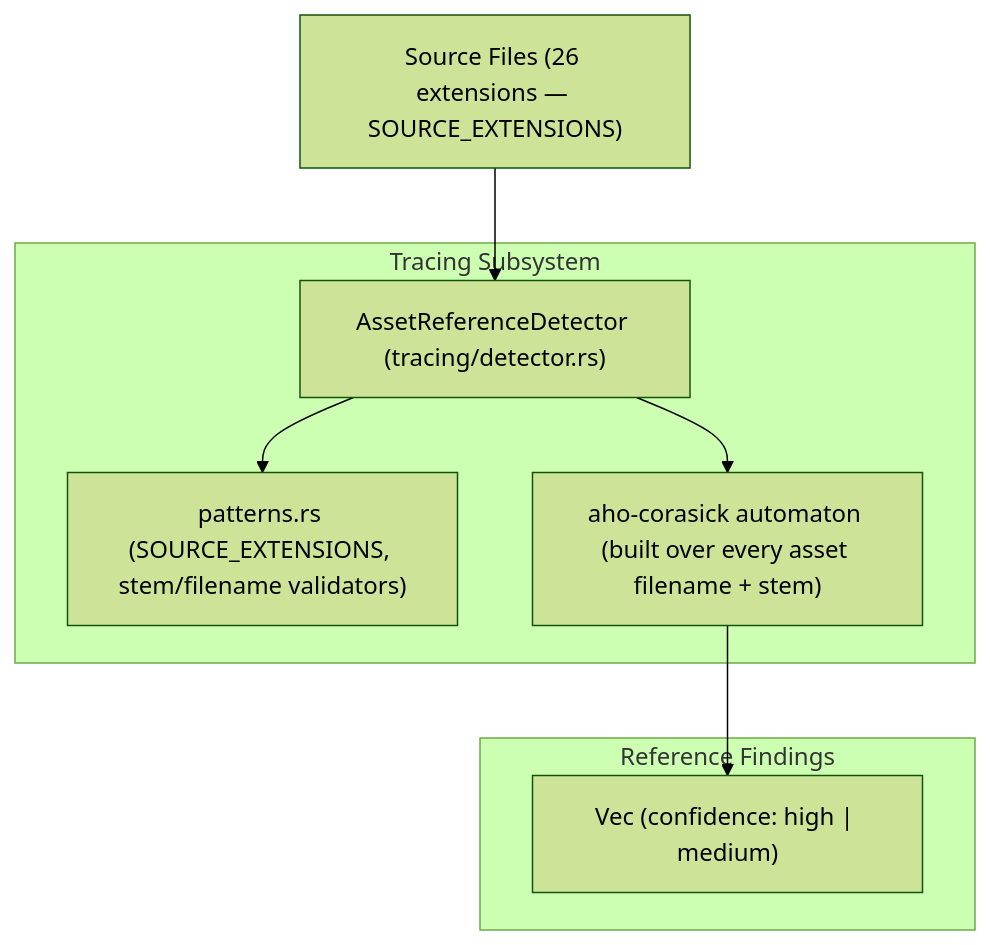
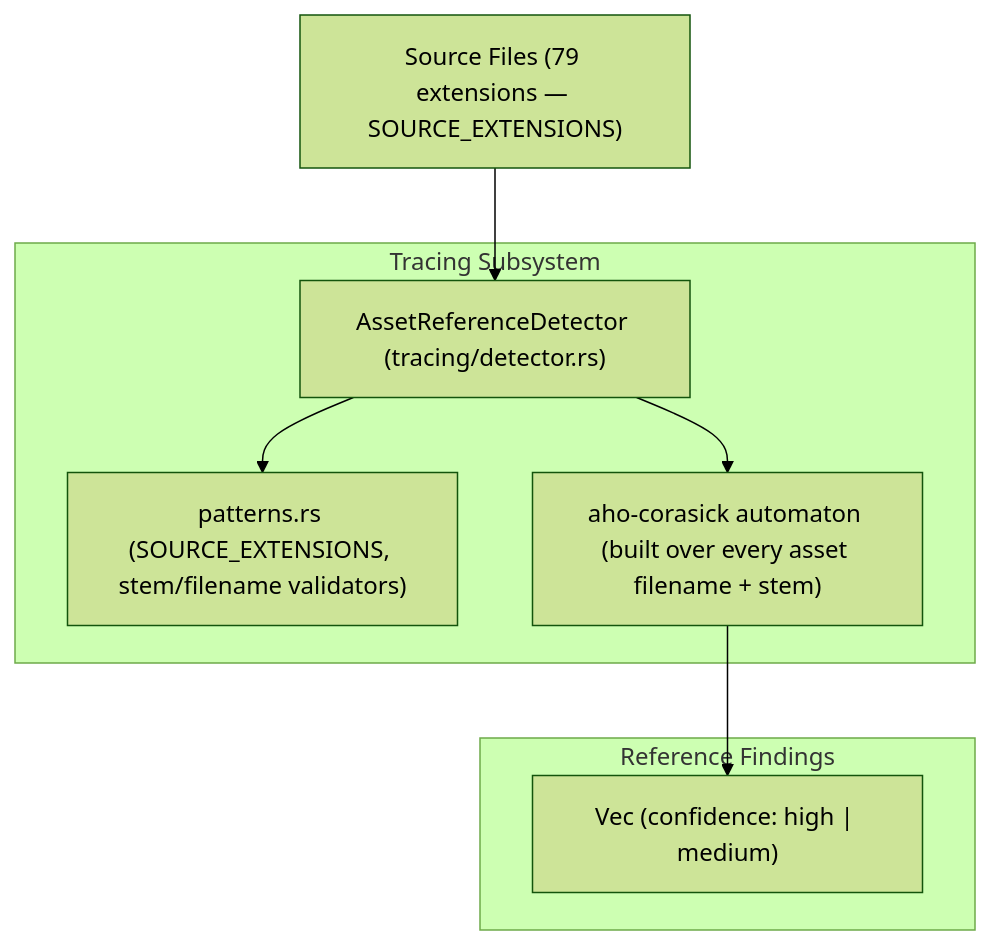
One commit to sxnnyside-project/animoria changed the diagram in docs/guides/04-reference-usage-analysis.md. Above: the diagram before and after it, drawn with Mermaid (forest theme). The commit also changed other lines of this file and 53 other files, not shown here.

````diff
--- a/docs/guides/04-reference-usage-analysis.md
+++ b/docs/guides/04-reference-usage-analysis.md
@@ -16,19 +16,19 @@
 ```mermaid
 graph TD
-    WorkspaceFiles["Source Files (26 extensions — SOURCE_EXTENSIONS)"]
+    WorkspaceFiles["Source Files (79 extensions — SOURCE_EXTENSIONS)"]
 
     subgraph TracingEngine["Tracing Subsystem"]
         Detector["AssetReferenceDetector (tracing/detector.rs)"]
         Patterns["patterns.rs (SOURCE_EXTENSIONS, stem/filename validators)"]
         AhoCorasick["aho-corasick automaton (built over every asset filename + stem)"]
     end
 
     subgraph Output["Reference Findings"]
         RefResult["Vec<UsageReference> (confidence: high | medium)"]
     end
 
     WorkspaceFiles --> Detector
     Detector --> Patterns
     Detector --> AhoCorasick
     AhoCorasick --> RefResult
 ```
````
